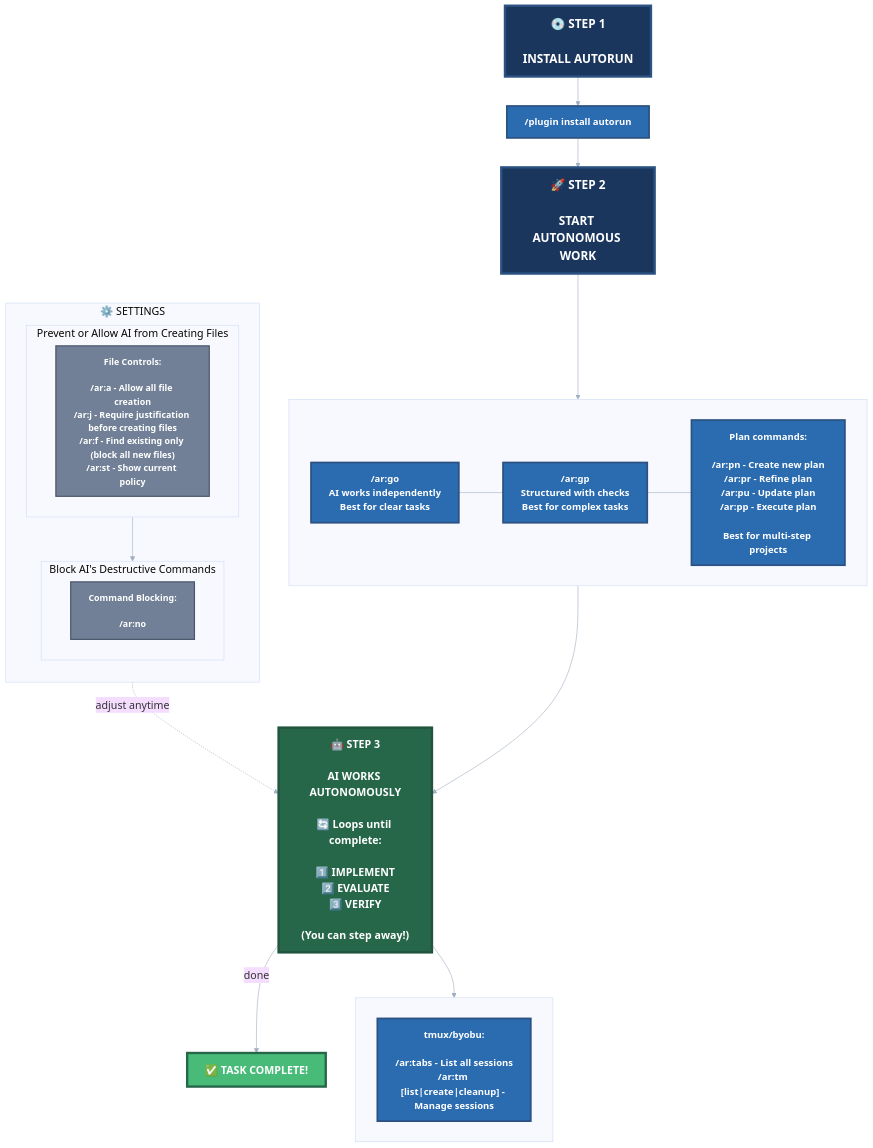
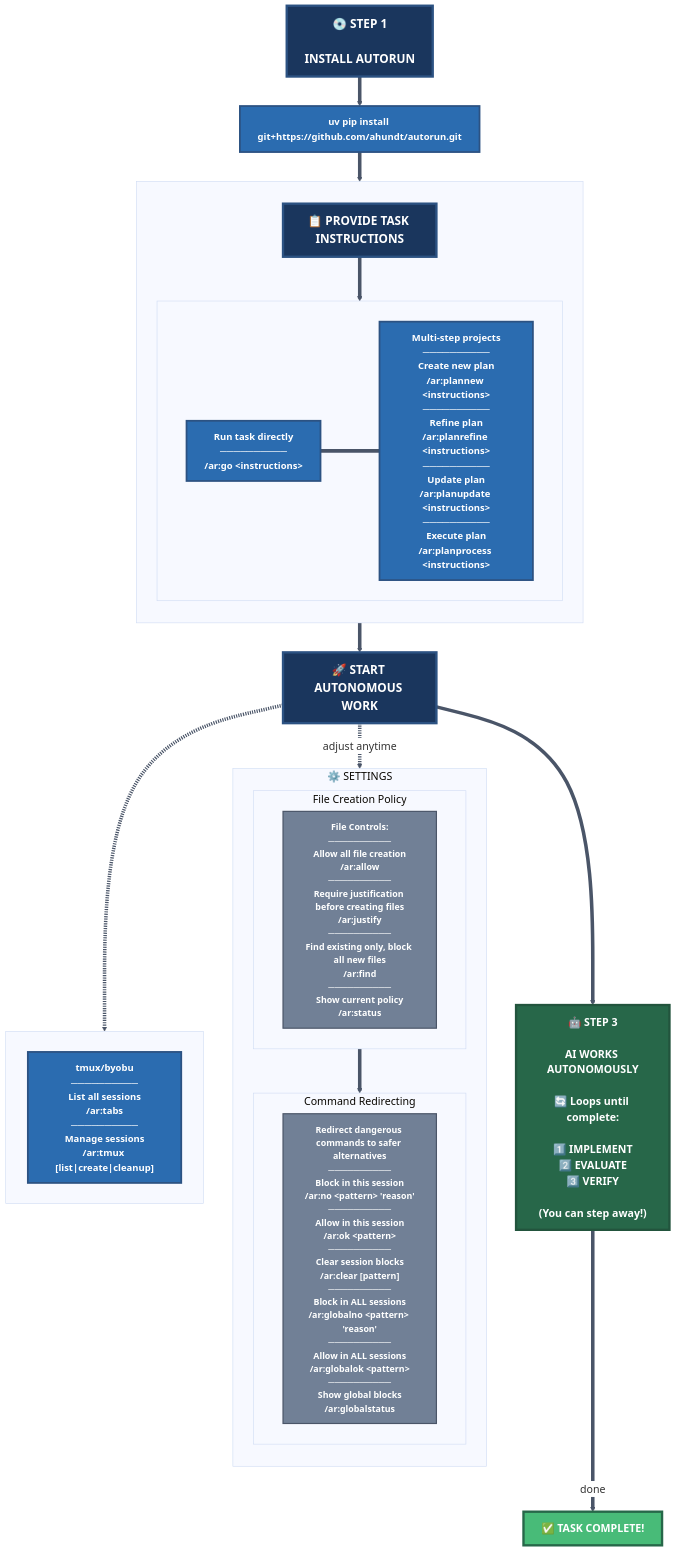
One commit to ahundt/autorun changed the diagram in autorun-architecture.mmd. Above: the diagram before and after it, drawn with Mermaid. The commit also changed 7 other files, not shown here.

First line of the commit message:
autorun-architecture.mmd,.svg, docs/diagrams: update diagrams, exclude PNGs from repo

```diff
--- a/autorun-architecture.mmd
+++ b/autorun-architecture.mmd
@@ -1,85 +1,90 @@
-%%{init: {'theme': 'base', 'themeVariables': { 'fontSize': '18px', 'fontFamily': 'Arial', 'maxTextWidth': 300, 'subgraphBkg': '#f7fafc', 'lineColor': '#a0aec0'}}}%%
+%%{init: {'theme': 'base', 'themeVariables': { 'fontSize': '18px', 'fontFamily': 'Arial', 'maxTextWidth': 300, 'subgraphBkg': '#f7fafc', 'lineColor': '#4a5568', 'edgeLabelBackground': '#ffffff'}}}%%
 flowchart TD
     %% ========================================
     %%  STYLING
     %% ========================================
     classDef stepBox fill:#1a365d,stroke:#2c5282,stroke-width:4px,color:#fff,font-size:20px,font-weight:bold;
     classDef choiceBox fill:#2b6cb0,stroke:#2c5282,stroke-width:3px,color:#fff,font-size:16px,font-weight:bold;
     classDef aiBox fill:#276749,stroke:#22543d,stroke-width:4px,color:#fff,font-size:18px,font-weight:bold;
     classDef guardBox fill:#c53030,stroke:#742a2a,stroke-width:3px,color:#fff,font-size:14px,font-weight:bold;
     classDef safeBox fill:#ed8936,stroke:#c05621,stroke-width:3px,color:#fff,font-size:16px,font-weight:bold;
     classDef doneBox fill:#48bb78,stroke:#276749,stroke-width:4px,color:#fff,font-size:18px,font-weight:bold;
     classDef settingBox fill:#718096,stroke:#4a5568,stroke-width:2px,color:#fff,font-size:15px,font-weight:bold;
     classDef settingsPanel fill:#e2e8f0,stroke:#a0aec0,stroke-width:2px,color:#2d3748,font-size:15px,font-weight:bold;
 
     %% ========================================
     %%  STEP 1: INSTALL
     %% ========================================
     INSTALL["💿 STEP 1<br/><br/>INSTALL AUTORUN"]:::stepBox
-    INSTALL_CMD["/plugin install autorun"]:::choiceBox
+    INSTALL_CMD["uv pip install git+https://github.com/ahundt/autorun.git"]:::choiceBox
 
     %% ========================================
     %%  SETTINGS PANEL (Always available)
     %% ========================================
     subgraph SETTINGS["⚙️ SETTINGS"]
         direction TB
 
-        subgraph FILE_SET["Prevent or Allow AI from Creating Files"]
-            F1["<b>File Controls:</b><br/><br/>/ar:a - Allow all file creation<br/>/ar:j - Require justification before creating files<br/>/ar:f - Find existing only (block all new files)<br/>/ar:st - Show current policy"]:::settingBox
+        subgraph FILE_SET["File Creation Policy"]
+            F1["<b>File Controls:</b><br/>──────────<br/><b>Allow all file creation</b><br/>/ar:allow<br/>──────────<br/><b>Require justification before creating files</b><br/>/ar:justify<br/>──────────<br/><b>Find existing only, block all new files</b><br/>/ar:find<br/>──────────<br/><b>Show current policy</b><br/>/ar:status"]:::settingBox
         end
 
         FILE_SET --> BLOCK_SET
 
-        subgraph BLOCK_SET["Block AI's Destructive Commands"]
+        subgraph BLOCK_SET["Command Redirecting"]
             direction LR
-            B1["<b>Command Blocking:</b><br/><br/>/ar:no <pattern> 'why blocked'<br/>Block in this session<br/><br/>/ar:ok <pattern><br/>Allow in this session<br/><br/>/ar:clear [pattern]<br/>Clear session blocks<br/><br/>/ar:globalno <pattern> 'why blocked'<br/>Block in ALL sessions<br/><br/>/ar:globalok <pattern><br/>Allow in ALL sessions<br/><br/>/ar:globalstatus<br/>Show global blocks"]:::settingBox
+            B1["<b>Redirect dangerous commands to safer alternatives</b><br/>──────────<br/><b>Block in this session</b><br/>/ar:no &lt;pattern&gt; 'reason'<br/>──────────<br/><b>Allow in this session</b><br/>/ar:ok &lt;pattern&gt;<br/>──────────<br/><b>Clear session blocks</b><br/>/ar:clear [pattern]<br/>──────────<br/><b>Block in ALL sessions</b><br/>/ar:globalno &lt;pattern&gt; 'reason'<br/>──────────<br/><b>Allow in ALL sessions</b><br/>/ar:globalok &lt;pattern&gt;<br/>──────────<br/><b>Show global blocks</b><br/>/ar:globalstatus"]:::settingBox
         end
     end
 
     %% ========================================
-    %%  STEP 2: START AUTONOMOUS WORK
+    %%  STEP 2: CHOOSE HOW AI WORKS
     %% ========================================
-    WORKFLOW["🚀 STEP 2<br/><br/>START AUTONOMOUS WORK"]:::stepBox
+    subgraph WORKFLOW_OPTIONS[" "]
+        direction TB
+        PROVIDE["📋 PROVIDE TASK INSTRUCTIONS"]:::stepBox
+        subgraph WORKFLOW_CMDS[" "]
+            direction LR
+            W1["<b>Run task directly</b><br/>──────────<br/>/ar:go &lt;instructions&gt;"]:::choiceBox
 
-    subgraph WORKFLOW_OPTIONS[" "]
-        direction LR
-        W1["/ar:go <task><br/>AI works independently<br/>Best for clear tasks"]:::choiceBox
+            W2["<b>Multi-step projects</b><br/>──────────<br/><b>Create new plan</b><br/>/ar:plannew &lt;instructions&gt;<br/>──────────<br/><b>Refine plan</b><br/>/ar:planrefine &lt;instructions&gt;<br/>──────────<br/><b>Update plan</b><br/>/ar:planupdate &lt;instructions&gt;<br/>──────────<br/><b>Execute plan</b><br/>/ar:planprocess &lt;instructions&gt;"]:::choiceBox
 
-        W2["/ar:gp <task><br/>Structured with checks<br/>Best for complex tasks"]:::choiceBox
+            W1 --- W2
+        end
+        PROVIDE --> WORKFLOW_CMDS
+    end
 
-        W3["Plan commands:<br/><br/>/ar:pn - Create new plan<br/>/ar:pr - Refine plan<br/>/ar:pu - Update plan<br/>/ar:pp - Execute plan<br/><br/>Best for multi-step projects"]:::choiceBox
-
-        W1 --- W2 --- W3
-    end
+    WORKFLOW["🚀 START AUTONOMOUS WORK"]:::stepBox
 
     %% ========================================
     %%  STEP 3: AI WORKS
     %% ========================================
     AI_ENGINE["🤖 STEP 3<br/><br/>AI WORKS AUTONOMOUSLY<br/><br/>🔄 Loops until complete:<br/><br/>1️⃣ IMPLEMENT<br/>2️⃣ EVALUATE<br/>3️⃣ VERIFY<br/><br/>(You can step away!)"]:::aiBox
 
     %% ========================================
     %%  MONITOR & CONTROL (Optional)
     %% ========================================
     subgraph CONTROL_OPTIONS[" "]
         direction LR
-        C1["<b>tmux/byobu:</b><br/><br/>/ar:tabs - List all sessions<br/>/ar:tm [list|create|cleanup] - Manage sessions"]:::choiceBox
+        C1["<b>tmux/byobu</b><br/>──────────<br/><b>List all sessions</b><br/>/ar:tabs<br/>──────────<br/><b>Manage sessions</b><br/>/ar:tmux [list|create|cleanup]"]:::choiceBox
     end
 
     %% ========================================
     %%  COMPLETE
     %% ========================================
     COMPLETE["✅ TASK COMPLETE!"]:::doneBox
 
     %% ========================================
     %%  FLOW
     %% ========================================
     INSTALL --> INSTALL_CMD
-    INSTALL_CMD --> WORKFLOW
+    INSTALL_CMD --> WORKFLOW_OPTIONS
 
-    SETTINGS -.->|"adjust anytime"| AI_ENGINE
+    WORKFLOW_OPTIONS --> WORKFLOW
+    WORKFLOW --> AI_ENGINE
+    WORKFLOW -.->|"adjust anytime"| SETTINGS
 
-    WORKFLOW --> WORKFLOW_OPTIONS
-    WORKFLOW_OPTIONS --> AI_ENGINE
+    WORKFLOW -.-> CONTROL_OPTIONS
+    AI_ENGINE -->|"done"| COMPLETE
 
-    AI_ENGINE --> CONTROL_OPTIONS
-    AI_ENGINE -->|"done"| COMPLETE
+    %% Make all connector lines thicker
+    linkStyle default stroke-width:6px
```
